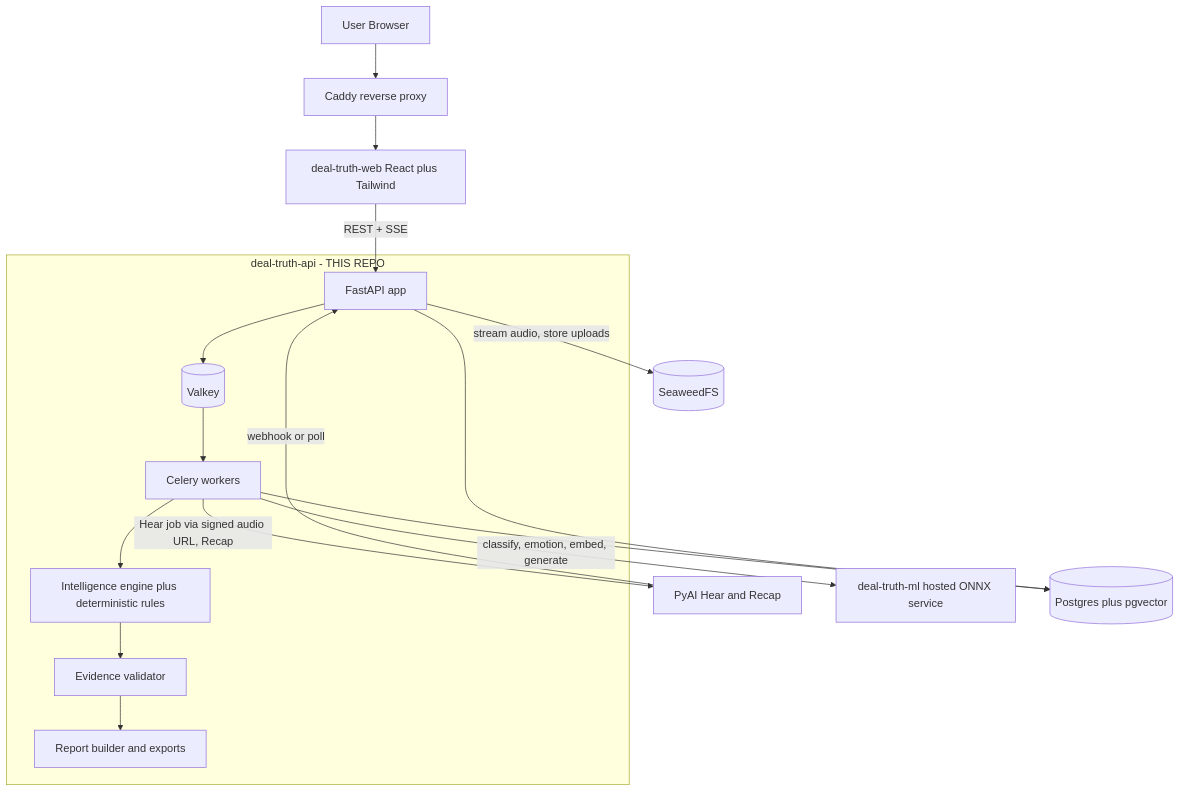
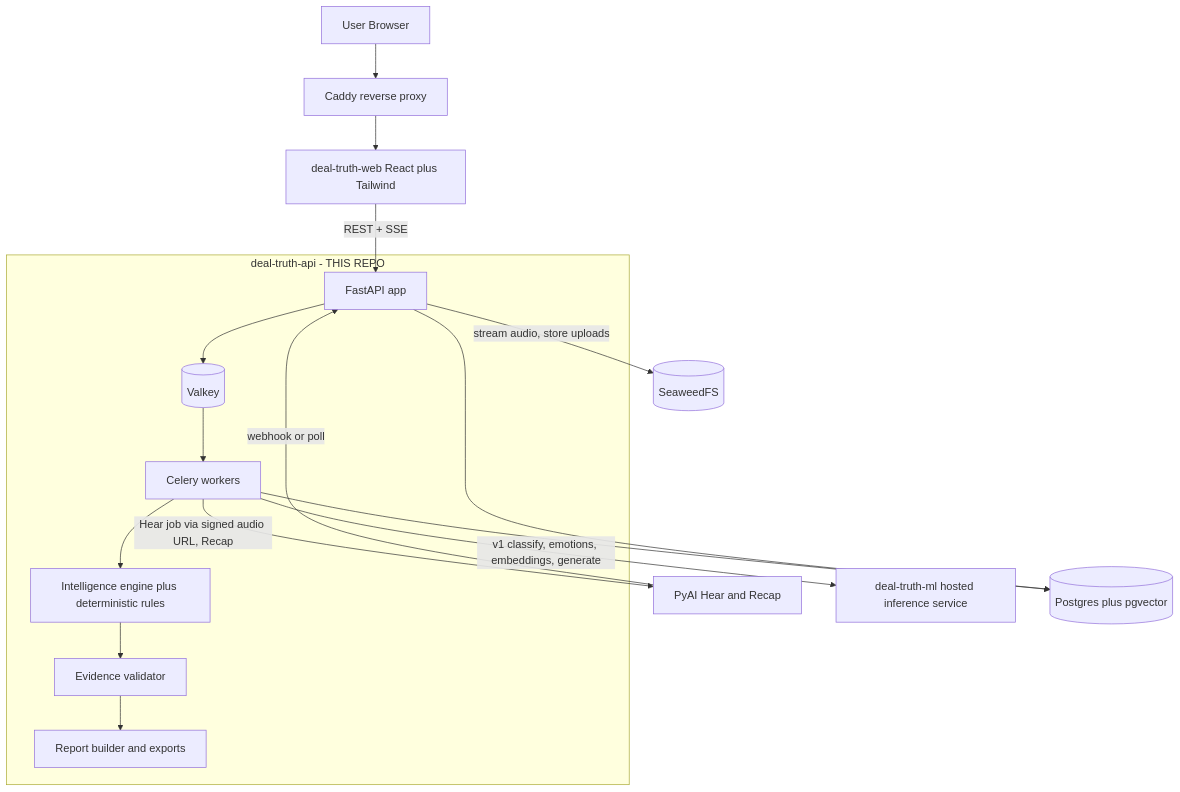
One commit to debjyoti-pandit/deal-truth-api changed the first of 3 diagrams in docs/ARCHITECTURE.md. Above: the diagram before and after it, drawn with Mermaid. The commit also changed other lines of this file and 12 other files, not shown here.

````diff
--- a/docs/ARCHITECTURE.md
+++ b/docs/ARCHITECTURE.md
@@ -83,21 +84,21 @@
 ```mermaid
 flowchart TD
     Browser[User Browser] --> Caddy[Caddy reverse proxy]
     Caddy --> UI[deal-truth-web React plus Tailwind]
     UI -->|"REST + SSE"| API
 
     subgraph apiRepo [deal-truth-api - THIS REPO]
         API[FastAPI app] --> Valkey[(Valkey)]
         Valkey --> Worker[Celery workers]
         Worker --> Intel[Intelligence engine plus deterministic rules]
         Intel --> Validator[Evidence validator]
         Validator --> Report[Report builder and exports]
     end
 
     API -->|"stream audio, store uploads"| Seaweed[(SeaweedFS)]
     Worker -->|"Hear job via signed audio URL, Recap"| PyAI[PyAI Hear and Recap]
     PyAI -->|"webhook or poll"| API
-    Worker -->|"classify, emotion, embed, generate"| ML[deal-truth-ml hosted ONNX service]
+    Worker -->|"v1 classify, emotions, embeddings, generate"| ML[deal-truth-ml hosted inference service]
     Worker --> PG[(Postgres plus pgvector)]
     API --> PG
 ```
````
